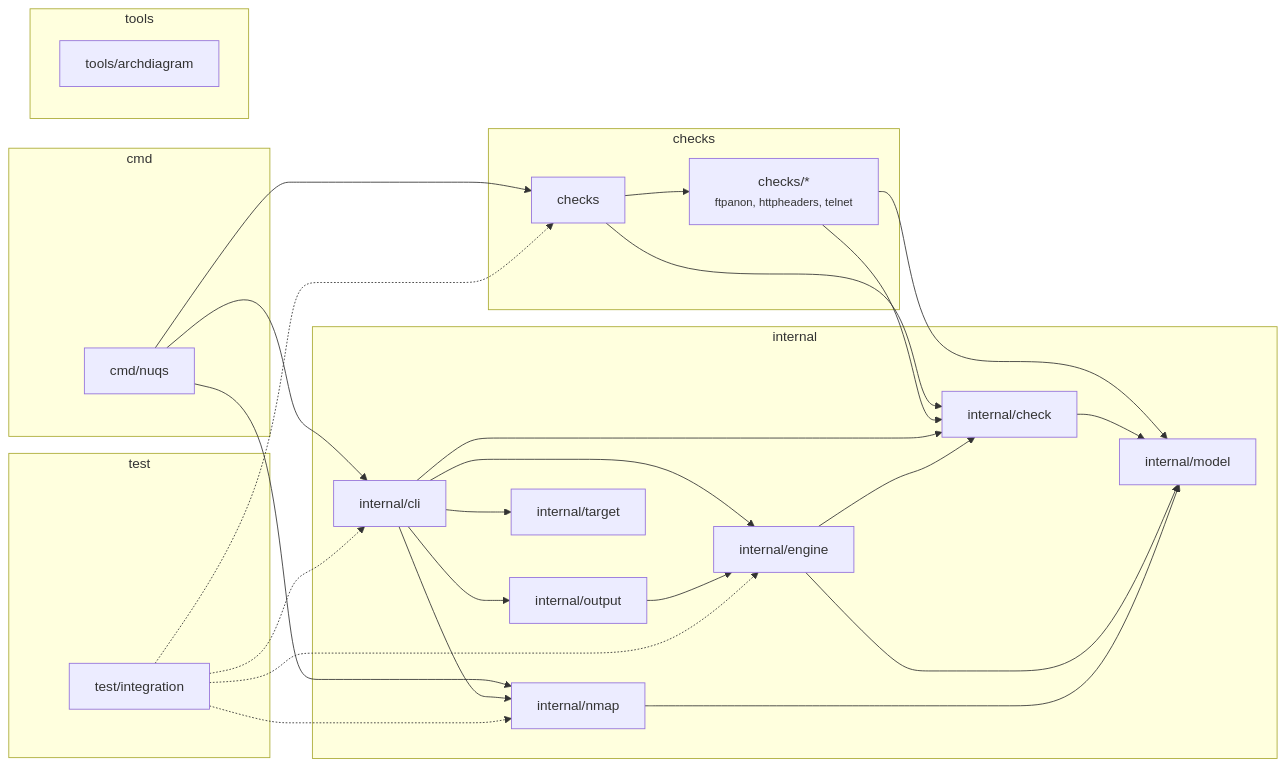
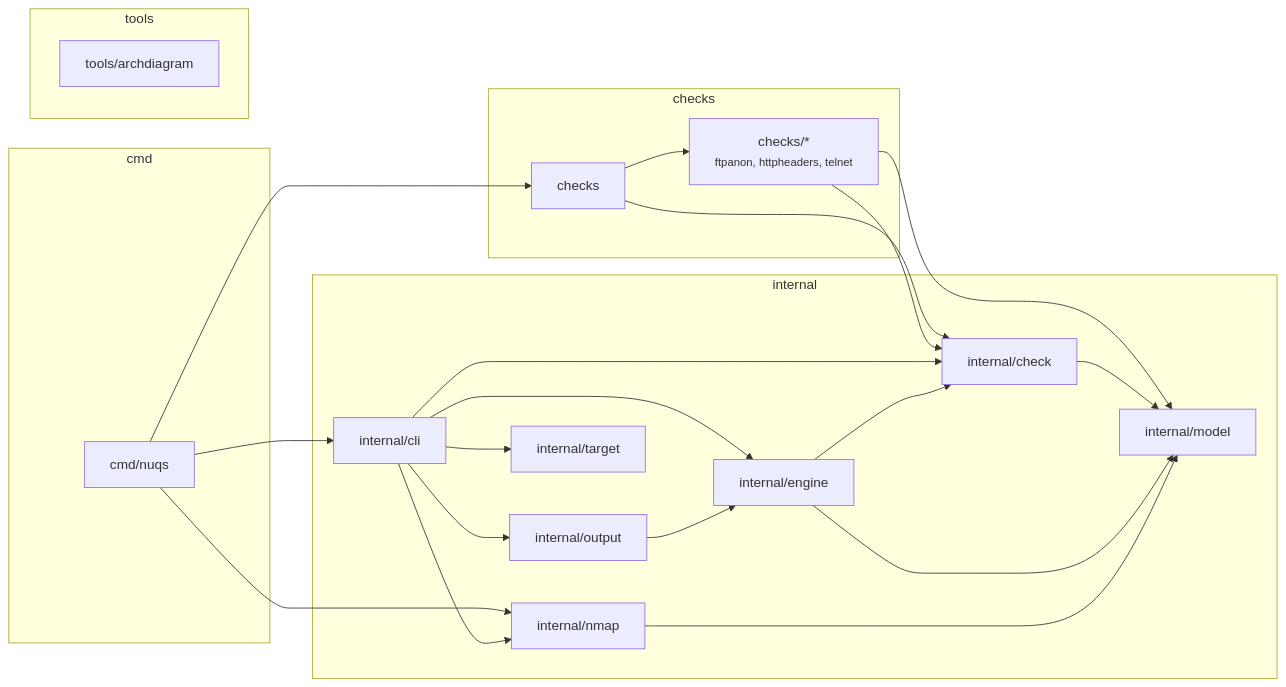
Before and after one commit to 92meharali/nuqs: the diagram in docs/architecture.md, drawn with Mermaid. The commit also changed other lines of this file and 5 other files, not shown here.

Commit message:
leave docs and test out of the architecture page

````diff
--- a/docs/architecture.md
+++ b/docs/architecture.md
@@ -10,46 +10,39 @@
 ```mermaid
 flowchart LR
   subgraph n_g_checks ["checks"]
     n_checks["checks"]
     n_checks__["checks/*<br/><small>ftpanon, httpheaders, telnet</small>"]
   end
   subgraph n_g_cmd ["cmd"]
     n_cmd_nuqs["cmd/nuqs"]
   end
   subgraph n_g_internal ["internal"]
     n_internal_check["internal/check"]
     n_internal_cli["internal/cli"]
     n_internal_engine["internal/engine"]
     n_internal_model["internal/model"]
     n_internal_nmap["internal/nmap"]
     n_internal_output["internal/output"]
     n_internal_target["internal/target"]
-  end
-  subgraph n_g_test ["test"]
-    n_test_integration["test/integration"]
   end
   subgraph n_g_tools ["tools"]
     n_tools_archdiagram["tools/archdiagram"]
   end
   n_checks --> n_checks__
   n_checks --> n_internal_check
   n_checks__ --> n_internal_check
   n_checks__ --> n_internal_model
   n_cmd_nuqs --> n_checks
   n_cmd_nuqs --> n_internal_cli
   n_cmd_nuqs --> n_internal_nmap
   n_internal_check --> n_internal_model
   n_internal_cli --> n_internal_check
   n_internal_cli --> n_internal_engine
   n_internal_cli --> n_internal_nmap
   n_internal_cli --> n_internal_output
   n_internal_cli --> n_internal_target
   n_internal_engine --> n_internal_check
   n_internal_engine --> n_internal_model
   n_internal_nmap --> n_internal_model
   n_internal_output --> n_internal_engine
-  n_test_integration -.-> n_checks
-  n_test_integration -.-> n_internal_cli
-  n_test_integration -.-> n_internal_engine
-  n_test_integration -.-> n_internal_nmap
 ```
````
